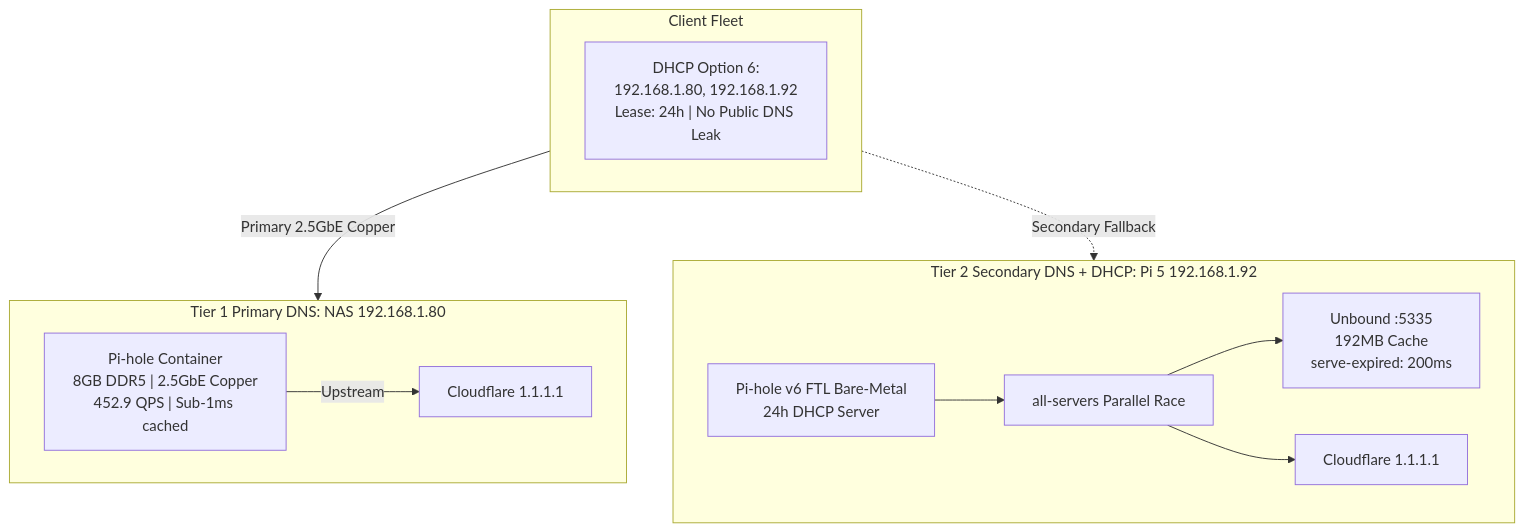
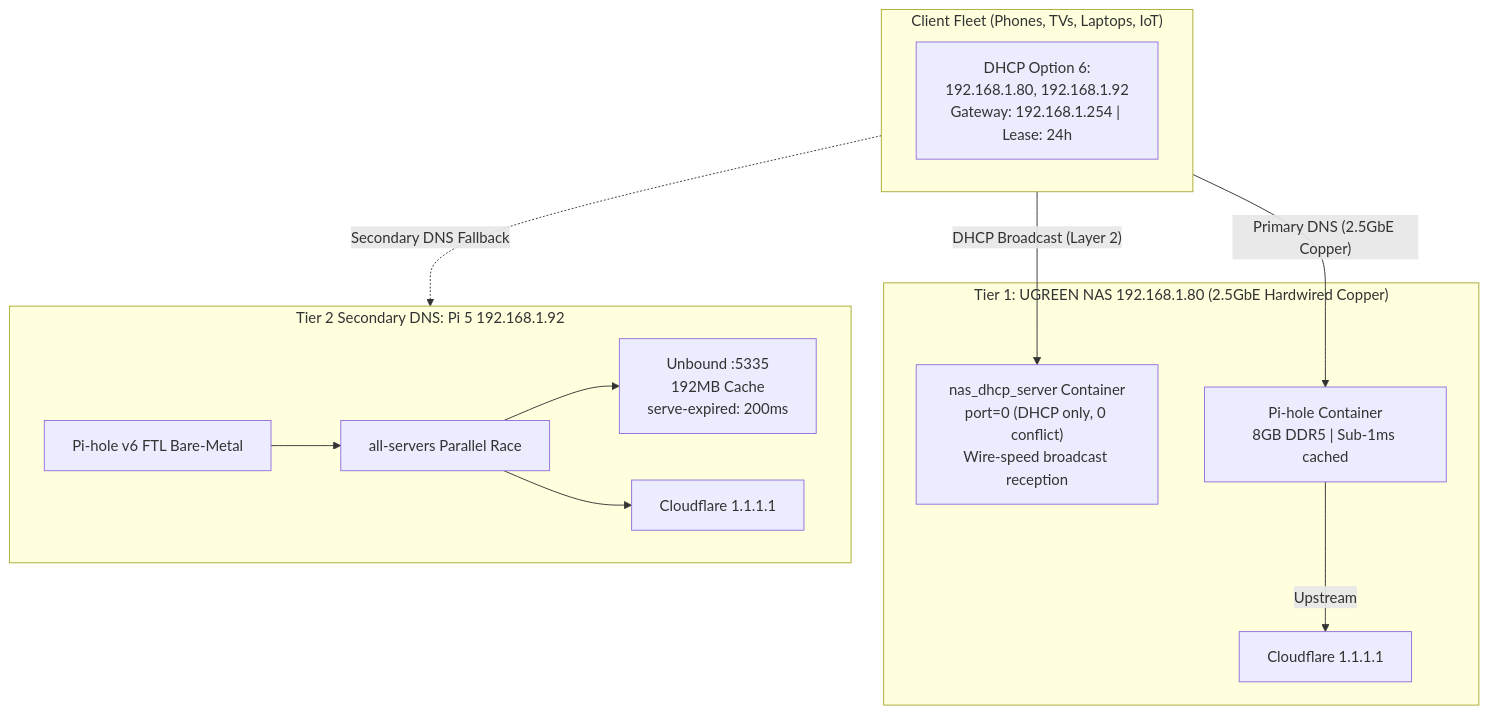
The diagram in networking/DNS_NETWORK_HANDOFF.md (deepshah08/Learning), drawn with Mermaid before and after one commit. The commit also changed other lines of this file, not shown here.

First line of the commit message:
feat(dhcp): migrate whole-home DHCP to hardwired 2.5GbE UGREEN NAS

````diff
--- a/networking/DNS_NETWORK_HANDOFF.md
+++ b/networking/DNS_NETWORK_HANDOFF.md
@@ -31,23 +31,26 @@
 ```mermaid
 flowchart TD
-    subgraph Clients["Client Fleet"]
-        DHCP["DHCP Option 6:\n192.168.1.80, 192.168.1.92\nLease: 24h | No Public DNS Leak"]
+    subgraph Clients["Client Fleet (Phones, TVs, Laptops, IoT)"]
+        DHCP["DHCP Option 6:\n192.168.1.80, 192.168.1.92\nGateway: 192.168.1.254 | Lease: 24h"]
     end
 
-    subgraph Tier1["Tier 1 Primary DNS: NAS 192.168.1.80"]
-        NAS["Pi-hole Container\n8GB DDR5 | 2.5GbE Copper\n452.9 QPS | Sub-1ms cached"]
-        NAS -->|"Upstream"| CF1["Cloudflare 1.1.1.1"]
+    subgraph Tier1["Tier 1: UGREEN NAS 192.168.1.80 (2.5GbE Hardwired Copper)"]
+        DHCP_SVR["nas_dhcp_server Container\nport=0 (DHCP only, 0 conflict)\nWire-speed broadcast reception"]
+        NAS["Pi-hole Container\n8GB DDR5 | Sub-1ms cached"]
+        CF1["Cloudflare 1.1.1.1"]
+        NAS -->|"Upstream"| CF1
     end
 
-    subgraph Tier2["Tier 2 Secondary DNS + DHCP: Pi 5 192.168.1.92"]
-        Pi5["Pi-hole v6 FTL Bare-Metal\n24h DHCP Server"]
+    subgraph Tier2["Tier 2 Secondary DNS: Pi 5 192.168.1.92"]
+        Pi5["Pi-hole v6 FTL Bare-Metal"]
         Race["all-servers Parallel Race"]
         Unbound["Unbound :5335\n192MB Cache\nserve-expired: 200ms"]
         CF2["Cloudflare 1.1.1.1"]
         Pi5 --> Race
         Race --> Unbound & CF2
     end
 
-    Clients -->|"Primary 2.5GbE Copper"| Tier1
-    Clients -.->|"Secondary Fallback"| Tier2
+    Clients -->|"DHCP Broadcast (Layer 2)"| DHCP_SVR
+    Clients -->|"Primary DNS (2.5GbE Copper)"| NAS
+    Clients -.->|"Secondary DNS Fallback"| Tier2
 ```
````
